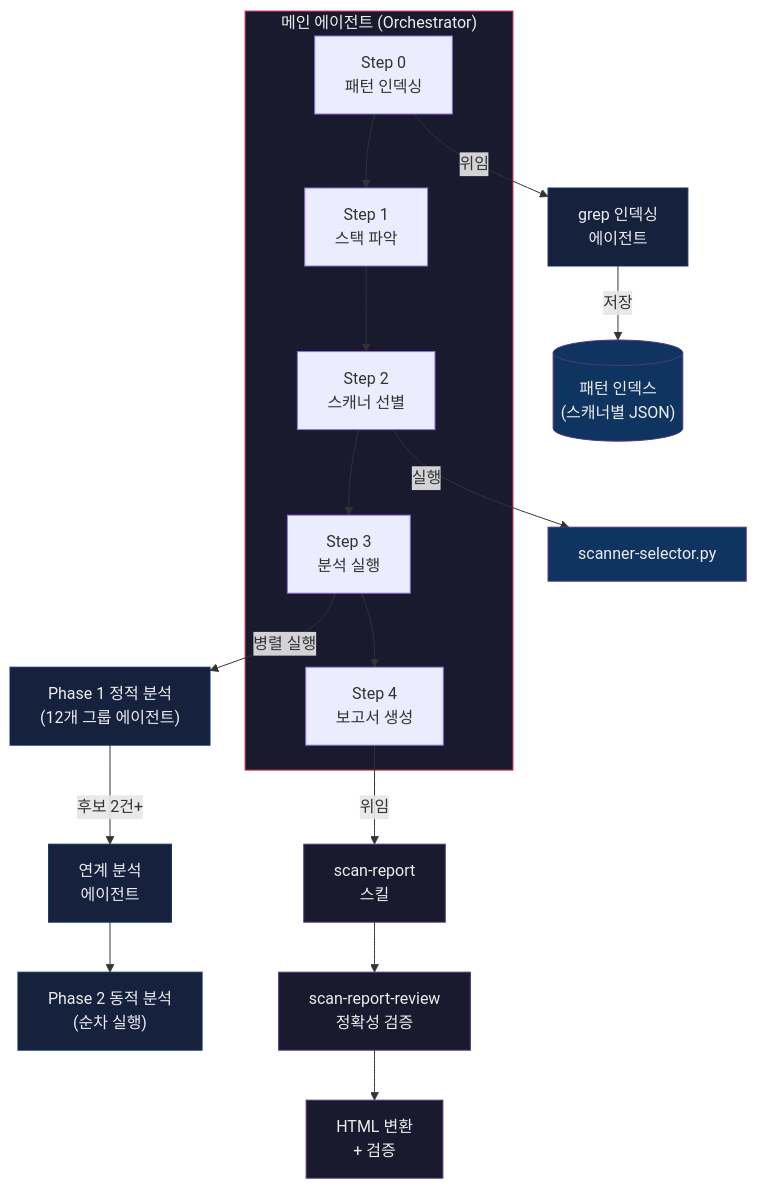
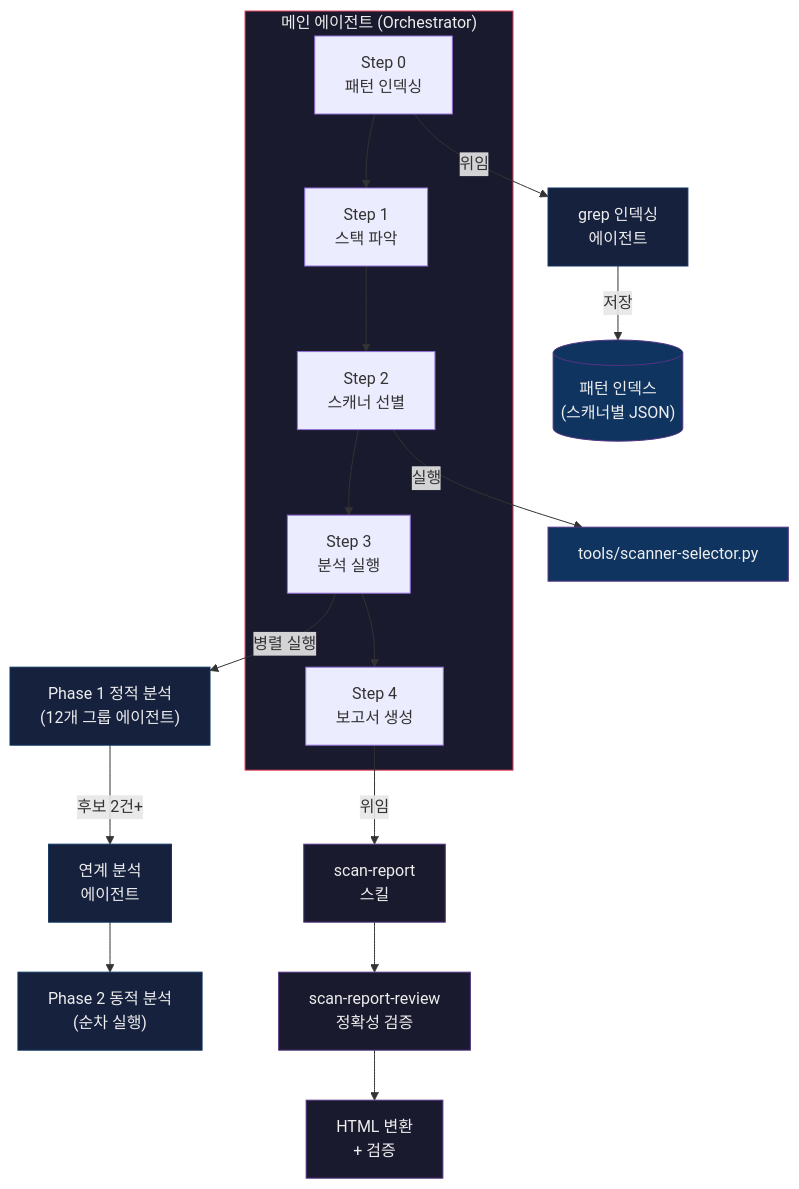
The first of 4 diagrams in README.md (nomarlhack/noah-sast), drawn with Mermaid before and after one commit. The commit also changed other lines of this file and 27 other files, not shown here.

````diff
--- a/README.md
+++ b/README.md
@@ -41,35 +41,35 @@
 ```mermaid
 flowchart TB
     subgraph Orchestrator["메인 에이전트 (Orchestrator)"]
         S0["Step 0\n패턴 인덱싱"]
         S1["Step 1\n스택 파악"]
         S2["Step 2\n스캐너 선별"]
         S3["Step 3\n분석 실행"]
         S4["Step 4\n보고서 생성"]
         S0 --> S1 --> S2 --> S3 --> S4
     end
 
     S0 -->|위임| GrepAgent["grep 인덱싱\n에이전트"]
     GrepAgent -->|저장| IndexDir[("패턴 인덱스\n(스캐너별 JSON)")]
 
-    S2 -->|실행| Selector["scanner-selector.py"]
+    S2 -->|실행| Selector["tools/scanner-selector.py"]
 
     S3 -->|병렬 실행| P1["Phase 1 정적 분석\n(12개 그룹 에이전트)"]
     P1 -->|후보 2건+| Chain["연계 분석\n에이전트"]
     Chain --> P2["Phase 2 동적 분석\n(순차 실행)"]
 
     S4 -->|위임| Report["scan-report\n스킬"]
     Report --> Review["scan-report-review\n정확성 검증"]
     Review --> HTML["HTML 변환\n+ 검증"]
 
     style Orchestrator fill:#1a1a2e,stroke:#e94560,color:#eee
     style GrepAgent fill:#16213e,stroke:#0f3460,color:#eee
     style IndexDir fill:#0f3460,stroke:#533483,color:#eee
     style P1 fill:#16213e,stroke:#0f3460,color:#eee
     style Chain fill:#16213e,stroke:#0f3460,color:#eee
     style P2 fill:#16213e,stroke:#0f3460,color:#eee
     style Report fill:#1a1a2e,stroke:#533483,color:#eee
     style Review fill:#1a1a2e,stroke:#533483,color:#eee
     style HTML fill:#1a1a2e,stroke:#533483,color:#eee
     style Selector fill:#0f3460,stroke:#533483,color:#eee
 ```
````
